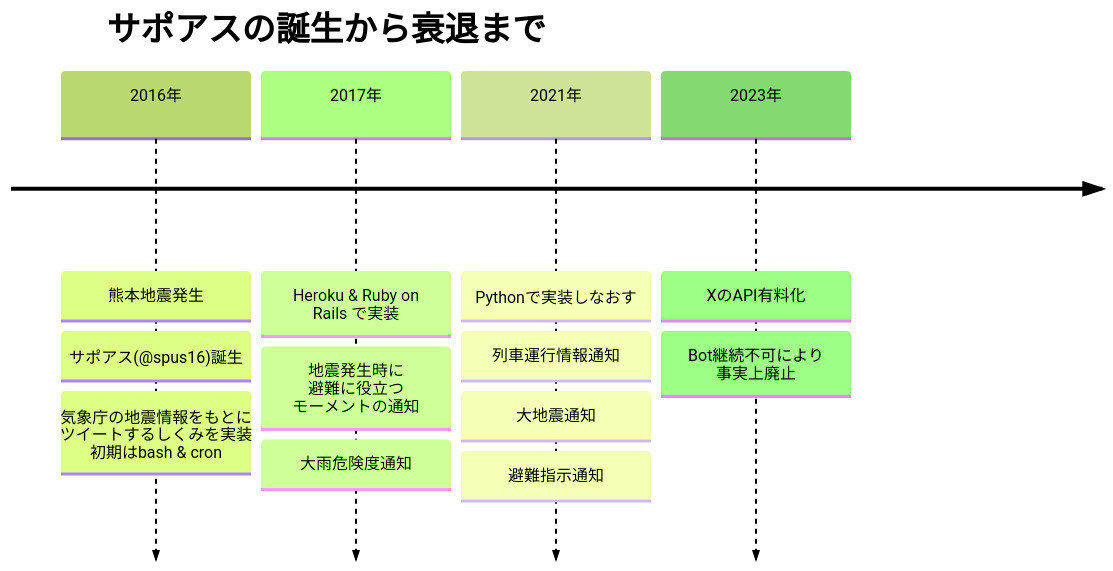
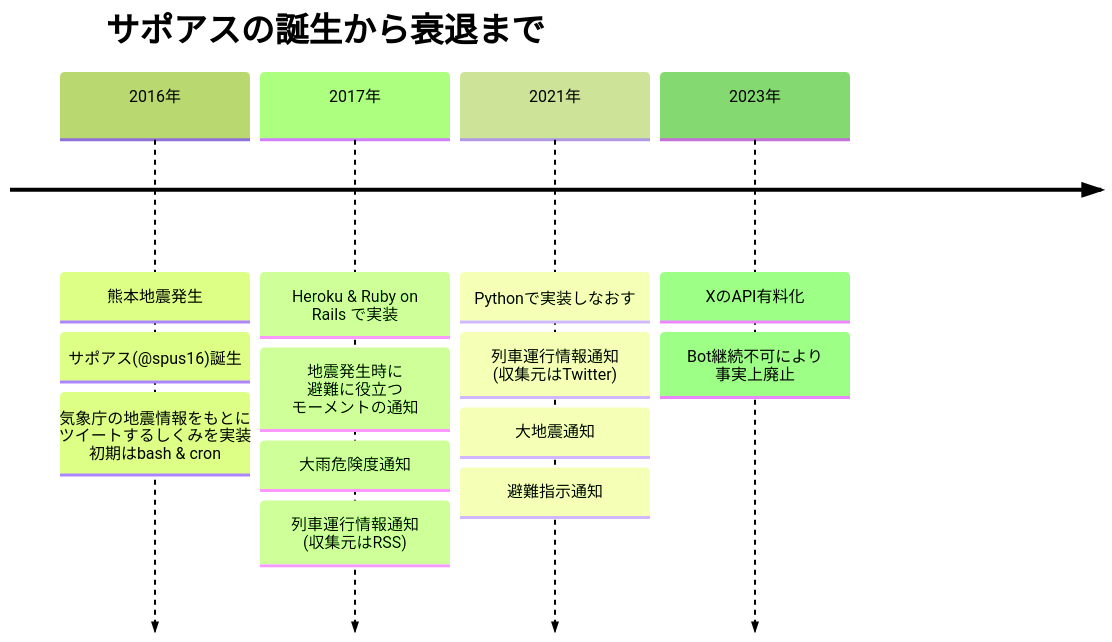
The diagram in spus16_bot/STORIES.md (gosaaan1/application-hakaba), drawn with Mermaid (forest theme) before and after one commit.

Commit message:
Update STORIES.md
タイムラインを一部修正

````diff
--- a/spus16_bot/STORIES.md
+++ b/spus16_bot/STORIES.md
@@ -10,8 +10,8 @@
 ```mermaid
 timeline
     title サポアスの誕生から衰退まで
     2016年 : 熊本地震発生 : サポアス(@spus16)誕生 : 気象庁の地震情報をもとに ツイートするしくみを実装 初期はbash & cron
-    2017年 : Heroku & Ruby on Rails で実装 : 地震発生時に 避難に役立つ モーメントの通知 : 大雨危険度通知
-    2021年 : Pythonで実装しなおす: 列車運行情報通知 : 大地震通知 : 避難指示通知 
+    2017年 : Heroku & Ruby on Rails で実装 : 地震発生時に 避難に役立つ モーメントの通知 : 大雨危険度通知 : 列車運行情報通知 (収集元はRSS)
+    2021年 : Pythonで実装しなおす: 列車運行情報通知 (収集元はTwitter) : 大地震通知 : 避難指示通知 
     2023年 : XのAPI有料化 : Bot継続不可により 事実上廃止
 ```
````
